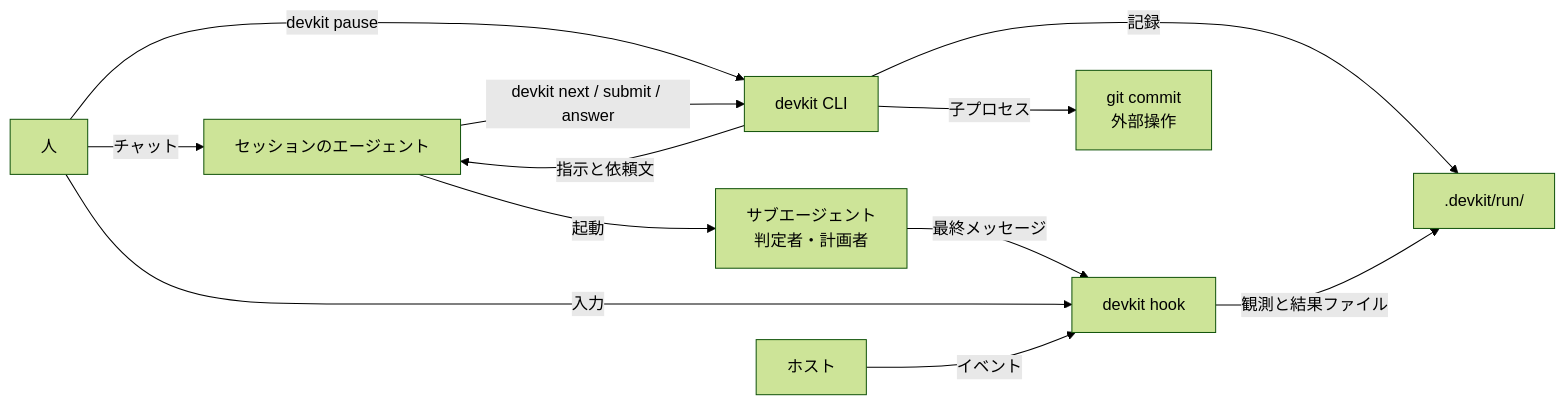
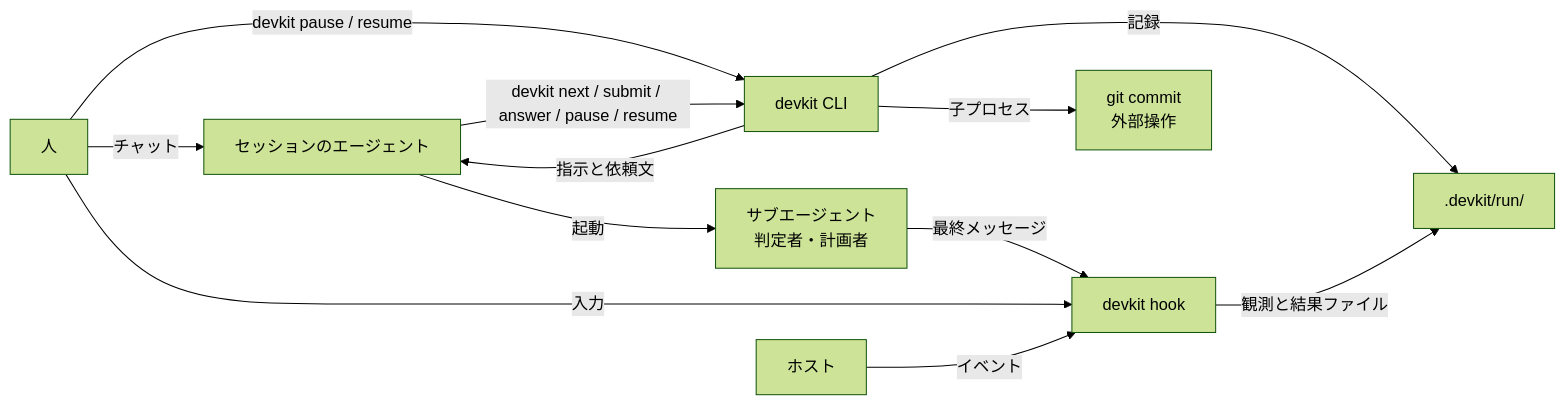
One commit to ildjenty/dev-kit changed the diagram in docs/architecture.md. Above: the diagram before and after it, drawn with Mermaid (forest theme). The commit also changed other lines of this file and 9 other files, not shown here.

First line of the commit message:
中断と再開を、人に頼まれたエージェントが呼ぶ pause と resume に単純化する

````diff
--- a/docs/architecture.md
+++ b/docs/architecture.md
@@ -9,14 +9,14 @@
 ```mermaid
 graph LR
   human[人] -- チャット --> agent[セッションのエージェント]
-  human -- "devkit pause" --> devkit
-  agent -- "devkit next / submit / answer" --> devkit[devkit CLI]
+  human -- "devkit pause / resume" --> devkit
+  agent -- "devkit next / submit / answer / pause / resume" --> devkit[devkit CLI]
   devkit -- 指示と依頼文 --> agent
   devkit -- 記録 --> run[.devkit/run/]
   agent -- 起動 --> sub[サブエージェント<br/>判定者・計画者]
   sub -- 最終メッセージ --> hook[devkit hook]
   human -- 入力 --> hook
   hook -- 観測と結果ファイル --> run
   devkit -- 子プロセス --> cmd[git commit<br/>外部操作]
   host[ホスト] -- イベント --> hook
 ```
````
